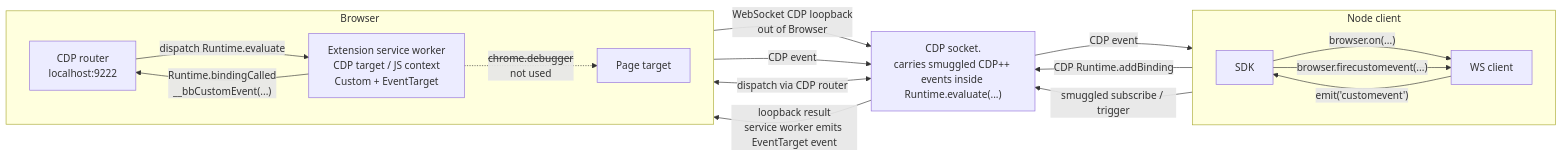
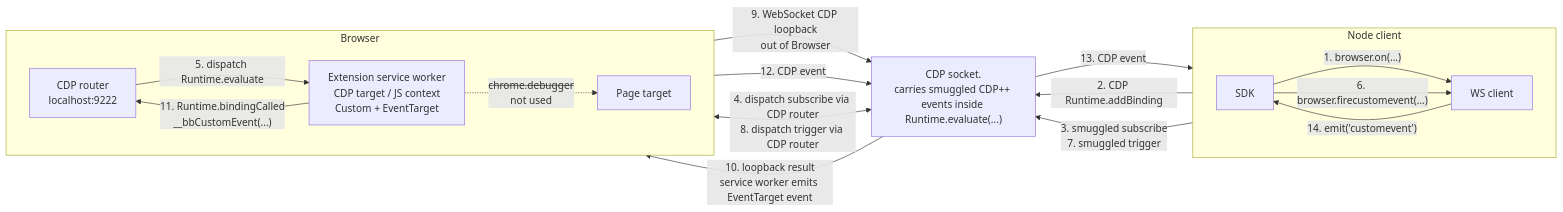
The fourth of 4 diagrams in README.md (pirate/chrome-cdp-extension-bridge), drawn with Mermaid before and after one commit. The commit also changed other lines of this file, not shown here.

Commit message:
Number diagram flow labels

````diff
--- a/README.md
+++ b/README.md
@@ -138,31 +138,31 @@
 ```mermaid
 flowchart LR
   subgraph Node["Node client"]
     direction LR
     SDK["SDK"]
     WS["WS client"]
-    SDK -->|"browser.on(...)"| WS
-    SDK -->|"browser.firecustomevent(...)"| WS
+    SDK -->|"1. browser.on(...)"| WS
+    SDK -->|"6. browser.firecustomevent(...)"| WS
   end
 
   subgraph Browser["Browser"]
     direction LR
     CDP["CDP router<br/>localhost:9222"]
     SW["Extension service worker<br/>CDP target / JS context<br/>Custom + EventTarget"]
     Page["Page target"]
-    CDP -->|"dispatch Runtime.evaluate"| SW
+    CDP -->|"5. dispatch Runtime.evaluate"| SW
     SW -. "<s>chrome.debugger</s><br/>not used" .-> Page
   end
 
   Socket["CDP socket.<br/>carries smuggled CDP++ events inside Runtime.evaluate(...)"]
 
-  WS -->|"CDP Runtime.addBinding"| Socket
-  WS -->|"smuggled subscribe / trigger"| Socket
-  Socket <-->|"dispatch via CDP router"| CDP
-  SW -->|"WebSocket CDP loopback<br/>out of Browser"| Socket
-  Socket -->|"loopback result<br/>service worker emits EventTarget event"| SW
-  SW -->|"Runtime.bindingCalled<br/>__bbCustomEvent(...)"| CDP
-  CDP -->|"CDP event"| Socket
-  Socket -->|"CDP event"| WS
-  WS -->|"emit('customevent')"| SDK
+  WS -->|"2. CDP Runtime.addBinding"| Socket
+  WS -->|"3. smuggled subscribe<br/>7. smuggled trigger"| Socket
+  Socket <-->|"4. dispatch subscribe via CDP router<br/>8. dispatch trigger via CDP router"| CDP
+  SW -->|"9. WebSocket CDP loopback<br/>out of Browser"| Socket
+  Socket -->|"10. loopback result<br/>service worker emits EventTarget event"| SW
+  SW -->|"11. Runtime.bindingCalled<br/>__bbCustomEvent(...)"| CDP
+  CDP -->|"12. CDP event"| Socket
+  Socket -->|"13. CDP event"| WS
+  WS -->|"14. emit('customevent')"| SDK
 ```
````
